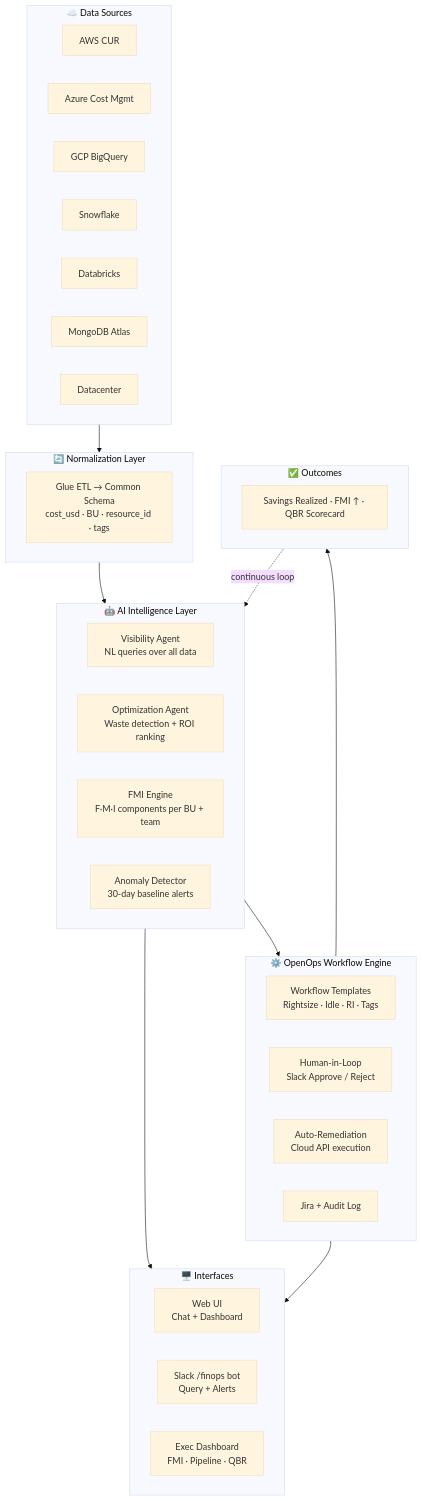
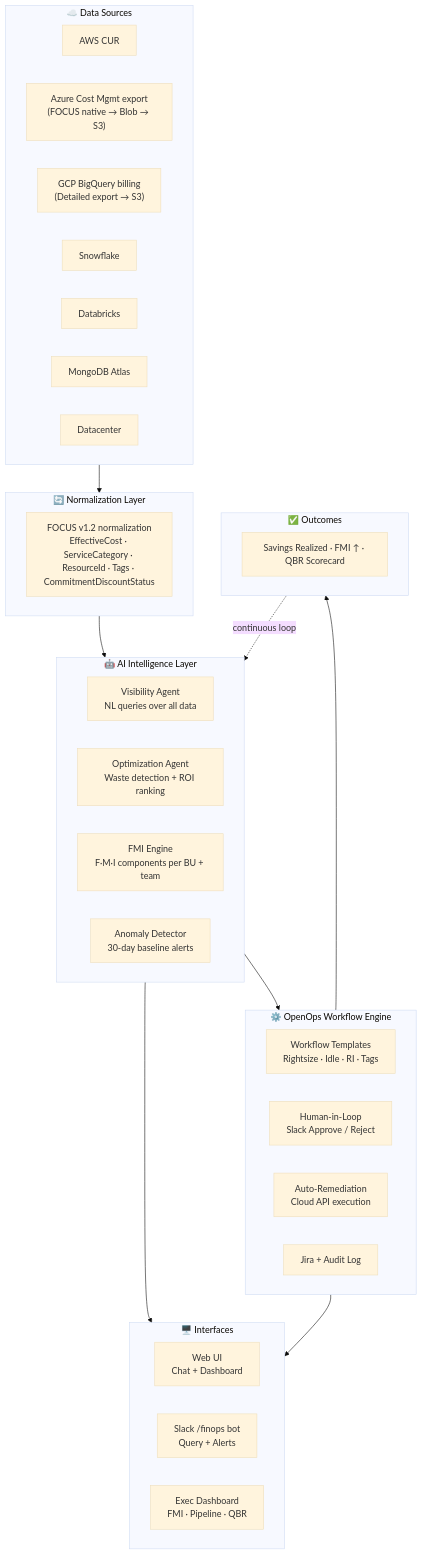
One commit to udaykirannag2/kostops changed the diagram in README.md. Above: the diagram before and after it, drawn with Mermaid (base theme). The commit also changed other lines of this file and 3 other files, not shown here.

First line of the commit message:
docs: FOCUS v1.2 normalization, multi-cloud connector specs, COIN score model

````diff
--- a/README.md
+++ b/README.md
@@ -44,48 +44,48 @@
 ```mermaid
 graph TB
     subgraph Sources["☁️ Data Sources"]
         A1[AWS CUR] 
-        A2[Azure Cost Mgmt]
-        A3[GCP BigQuery]
+        A2["Azure Cost Mgmt export<br/>(FOCUS native → Blob → S3)"]
+        A3["GCP BigQuery billing<br/>(Detailed export → S3)"]
         A4[Snowflake]
         A5[Databricks]
         A6[MongoDB Atlas]
         A7[Datacenter]
     end
 
     subgraph Normalize["🔄 Normalization Layer"]
-        B[Glue ETL → Common Schema<br/>cost_usd · BU · resource_id · tags]
+        B["FOCUS v1.2 normalization<br/>EffectiveCost · ServiceCategory · ResourceId · Tags · CommitmentDiscountStatus"]
     end
 
     subgraph Intelligence["🤖 AI Intelligence Layer"]
         C1[Visibility Agent<br/>NL queries over all data]
         C2[Optimization Agent<br/>Waste detection + ROI ranking]
         C3[FMI Engine<br/>F·M·I components per BU + team]
         C4[Anomaly Detector<br/>30-day baseline alerts]
     end
 
     subgraph Automation["⚙️ OpenOps Workflow Engine"]
         D1[Workflow Templates<br/>Rightsize · Idle · RI · Tags]
         D2[Human-in-Loop<br/>Slack Approve / Reject]
         D3[Auto-Remediation<br/>Cloud API execution]
         D4[Jira + Audit Log]
     end
 
     subgraph Interfaces["🖥️ Interfaces"]
         E1[Web UI<br/>Chat + Dashboard]
         E2[Slack /finops bot<br/>Query + Alerts]
         E3[Exec Dashboard<br/>FMI · Pipeline · QBR]
     end
 
     subgraph Outcomes["✅ Outcomes"]
         F[Savings Realized · FMI ↑ · QBR Scorecard]
     end
 
     Sources --> Normalize
     Normalize --> Intelligence
     Intelligence --> Automation
     Intelligence --> Interfaces
     Automation --> Interfaces
     Automation --> Outcomes
     Outcomes -.->|continuous loop| Intelligence
 ```
````
